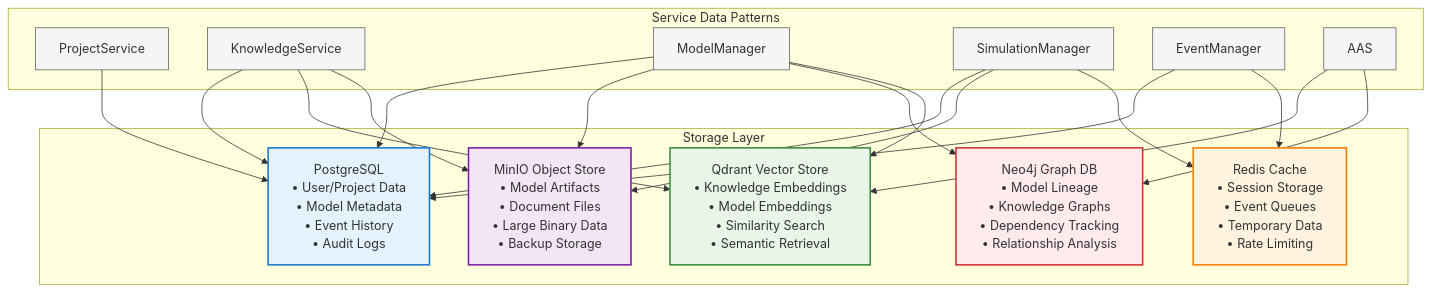
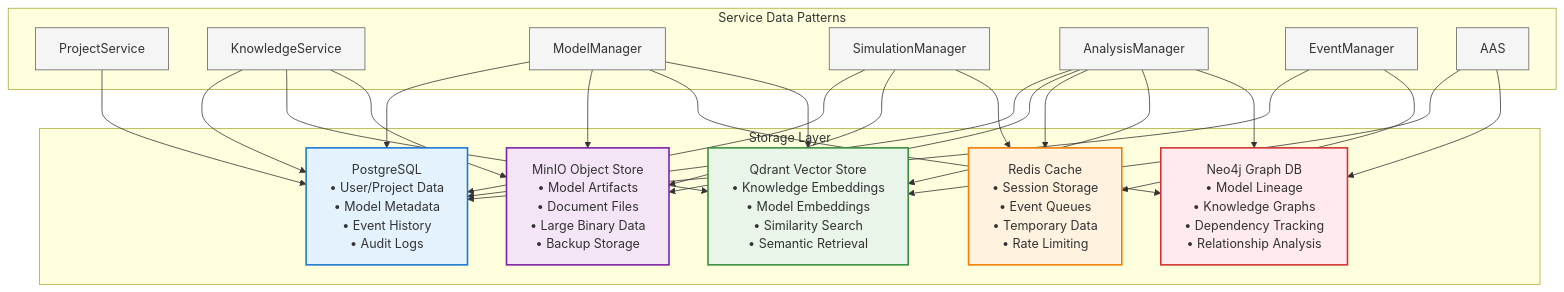
Before and after one commit to laserpointlabs/dadms: the second of 2 diagrams in docs/architecture/README.md, drawn with Mermaid. The commit also changed other lines of this file and 9 other files, not shown here.

````diff
--- a/docs/architecture/README.md
+++ b/docs/architecture/README.md
@@ -94,43 +101,48 @@
 ```mermaid
 %%{init: { 'flowchart': { 'curve': 'orthogonal' }}}%%
 flowchart TD
     subgraph Storage["Storage Layer"]
         PostgreSQL["PostgreSQL<br/>• User/Project Data<br/>• Model Metadata<br/>• Event History<br/>• Audit Logs"]
         Qdrant["Qdrant Vector Store<br/>• Knowledge Embeddings<br/>• Model Embeddings<br/>• Similarity Search<br/>• Semantic Retrieval"]
         Redis["Redis Cache<br/>• Session Storage<br/>• Event Queues<br/>• Temporary Data<br/>• Rate Limiting"]
         MinIO["MinIO Object Store<br/>• Model Artifacts<br/>• Document Files<br/>• Large Binary Data<br/>• Backup Storage"]
         Neo4j["Neo4j Graph DB<br/>• Model Lineage<br/>• Knowledge Graphs<br/>• Dependency Tracking<br/>• Relationship Analysis"]
     end
     
     subgraph Services["Service Data Patterns"]
         ProjectService --> PostgreSQL
         KnowledgeService --> PostgreSQL
         KnowledgeService --> Qdrant
         KnowledgeService --> MinIO
         ModelManager --> PostgreSQL
         ModelManager --> MinIO
         ModelManager --> Neo4j
         ModelManager --> Qdrant
         SimulationManager --> PostgreSQL
         SimulationManager --> MinIO
         SimulationManager --> Redis
+        AnalysisManager --> PostgreSQL
+        AnalysisManager --> MinIO
+        AnalysisManager --> Redis
+        AnalysisManager --> Qdrant
+        AnalysisManager --> Neo4j
         EventManager --> PostgreSQL
         EventManager --> Redis
         AAS --> Qdrant
         AAS --> Neo4j
     end
     
     classDef primary fill:#e3f2fd,stroke:#1976d2,stroke-width:2px;
     classDef vector fill:#e8f5e8,stroke:#388e3c,stroke-width:2px;
     classDef cache fill:#fff3e0,stroke:#f57c00,stroke-width:2px;
     classDef object fill:#f3e5f5,stroke:#7b1fa2,stroke-width:2px;
     classDef graphdb fill:#ffebee,stroke:#d32f2f,stroke-width:2px;
     classDef service fill:#f5f5f5,stroke:#616161,stroke-width:1px;
     
     class PostgreSQL primary;
     class Qdrant vector;
     class Redis cache;
     class MinIO object;
     class Neo4j graphdb;
-    class ProjectService,KnowledgeService,ModelManager,SimulationManager,EventManager,AAS service;
+    class ProjectService,KnowledgeService,ModelManager,SimulationManager,AnalysisManager,EventManager,AAS service;
 ```
````
